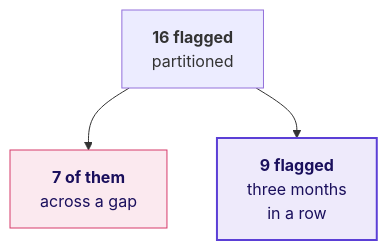
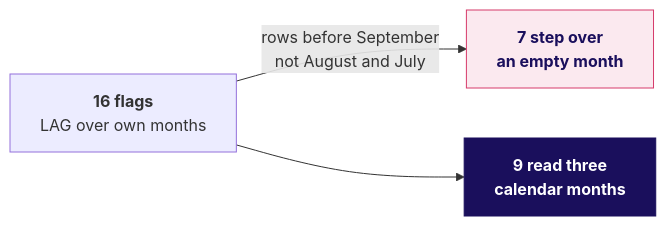
The fifth of 8 diagrams in content/W02/D3/slides/C2_W02_D03_half2_STUDENT.md (fde-academy-lab/c2-content-factory), drawn with Mermaid before and after one commit. The commit also changed other lines of this file and 3 other files, not shown here.

````diff
--- a/content/W02/D3/slides/C2_W02_D03_half2_STUDENT.md
+++ b/content/W02/D3/slides/C2_W02_D03_half2_STUDENT.md
@@ -235,9 +248,9 @@
 ```mermaid
-flowchart TB
-    S["<b>16 flagged</b><br/>partitioned"] --> G["<b>7 of them</b><br/>across a gap"]
-    S --> K["<b>9 flagged</b><br/>three months<br/>in a row"]
+flowchart LR
+    F["<b>16 flags</b><br/>LAG over own months"] -->|"rows before September<br/>not August and July"| G["<b>7 step over<br/>an empty month</b>"]
+    F --> K["<b>9 read three<br/>calendar months</b>"]
     classDef bad fill:#FBE9EF,stroke:#D63A6A,color:#1A0F5C
-    classDef known fill:#EEEAFB,stroke:#5B3FD6,color:#1A0F5C,stroke-width:2px
+    classDef bet fill:#1A0F5C,stroke:#1A0F5C,color:#FFFFFF
     class G bad
-    class K known
+    class K bet
 ```
````
